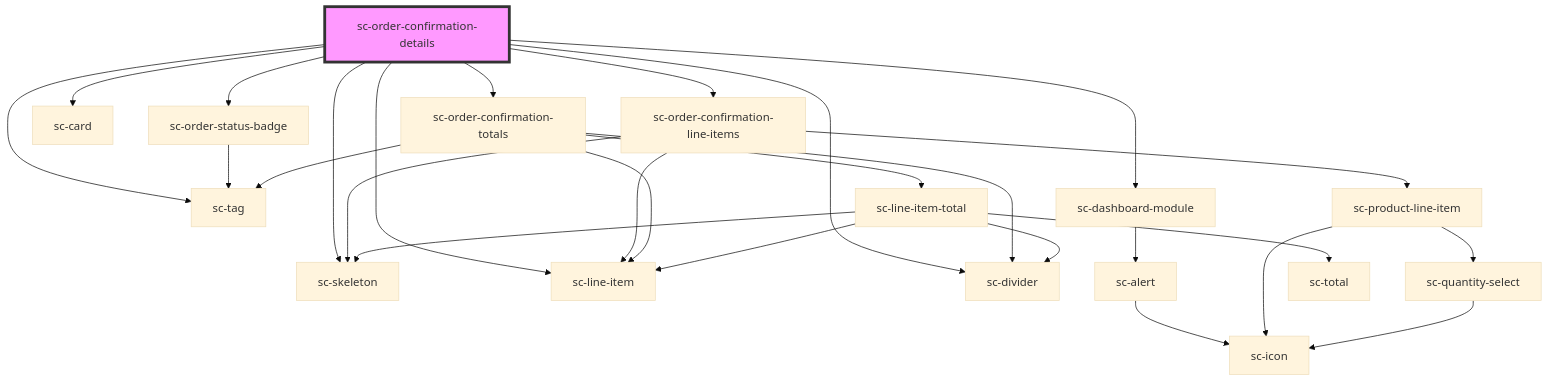
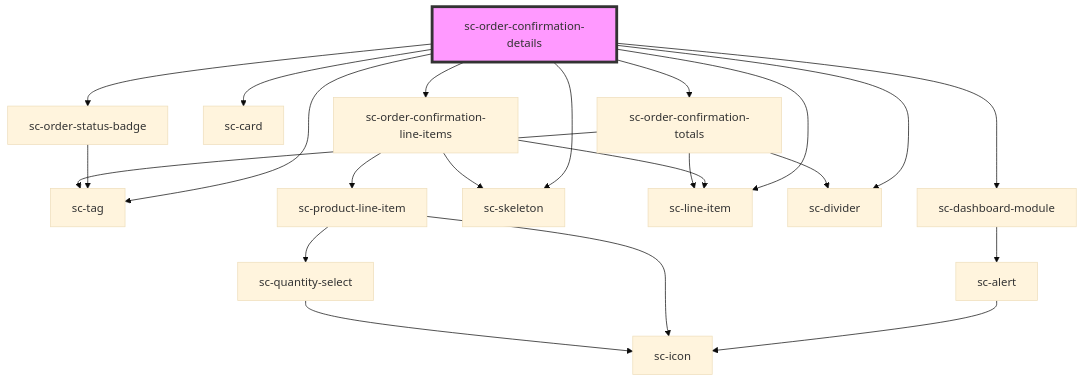
The diagram in packages/components/src/components/controllers/confirmation/order-confirmation-details/readme.md (surecart/surecart-wp-plugin), drawn with Mermaid (base theme) before and after one commit. The commit also changed 6 other files, not shown here.

````diff
--- a/packages/components/src/components/controllers/confirmation/order-confirmation-details/readme.md
+++ b/packages/components/src/components/controllers/confirmation/order-confirmation-details/readme.md
@@ -31,30 +31,25 @@
 ```mermaid
 graph TD;
   sc-order-confirmation-details --> sc-tag
   sc-order-confirmation-details --> sc-order-status-badge
   sc-order-confirmation-details --> sc-dashboard-module
   sc-order-confirmation-details --> sc-skeleton
   sc-order-confirmation-details --> sc-card
   sc-order-confirmation-details --> sc-line-item
   sc-order-confirmation-details --> sc-divider
   sc-order-confirmation-details --> sc-order-confirmation-line-items
   sc-order-confirmation-details --> sc-order-confirmation-totals
   sc-order-status-badge --> sc-tag
   sc-dashboard-module --> sc-alert
   sc-alert --> sc-icon
   sc-order-confirmation-line-items --> sc-line-item
   sc-order-confirmation-line-items --> sc-skeleton
   sc-order-confirmation-line-items --> sc-product-line-item
   sc-product-line-item --> sc-quantity-select
   sc-product-line-item --> sc-icon
   sc-quantity-select --> sc-icon
   sc-order-confirmation-totals --> sc-line-item
   sc-order-confirmation-totals --> sc-tag
   sc-order-confirmation-totals --> sc-divider
-  sc-order-confirmation-totals --> sc-line-item-total
-  sc-line-item-total --> sc-divider
-  sc-line-item-total --> sc-line-item
-  sc-line-item-total --> sc-skeleton
-  sc-line-item-total --> sc-total
   style sc-order-confirmation-details fill:#f9f,stroke:#333,stroke-width:4px
 ```
````
